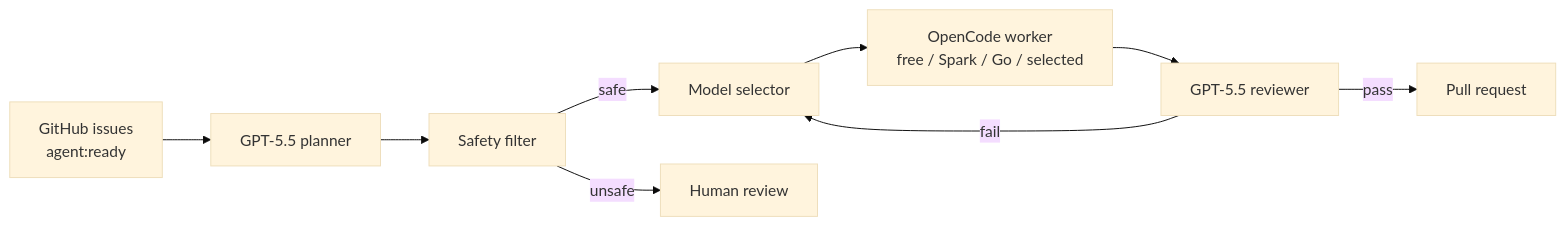
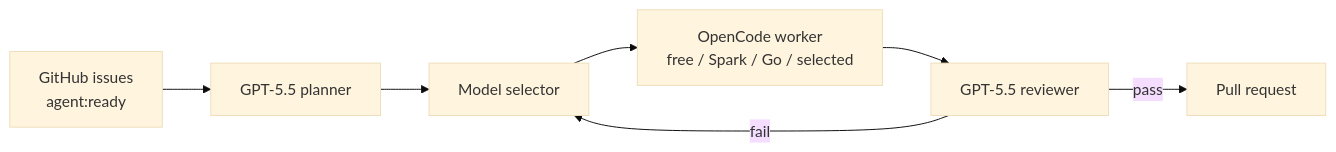
Before and after one commit to Maleick/AutoShip: the first of 2 diagrams in README.md, drawn with Mermaid (base theme). The commit also changed other lines of this file and 31 other files, not shown here.

````diff
--- a/README.md
+++ b/README.md
@@ -99,11 +105,9 @@
 ```mermaid
 flowchart LR
     A[GitHub issues<br/>agent:ready] --> B[GPT-5.5 planner]
-    B --> C[Safety filter]
-    C -->|safe| D[Model selector]
-    C -->|unsafe| H[Human review]
-    D --> E[OpenCode worker<br/>free / Spark / Go / selected]
-    E --> F[GPT-5.5 reviewer]
-    F -->|pass| G[Pull request]
-    F -->|fail| D
+    B --> C[Model selector]
+    C --> D[OpenCode worker<br/>free / Spark / Go / selected]
+    D --> E[GPT-5.5 reviewer]
+    E -->|pass| F[Pull request]
+    E -->|fail| C
 ```
````
